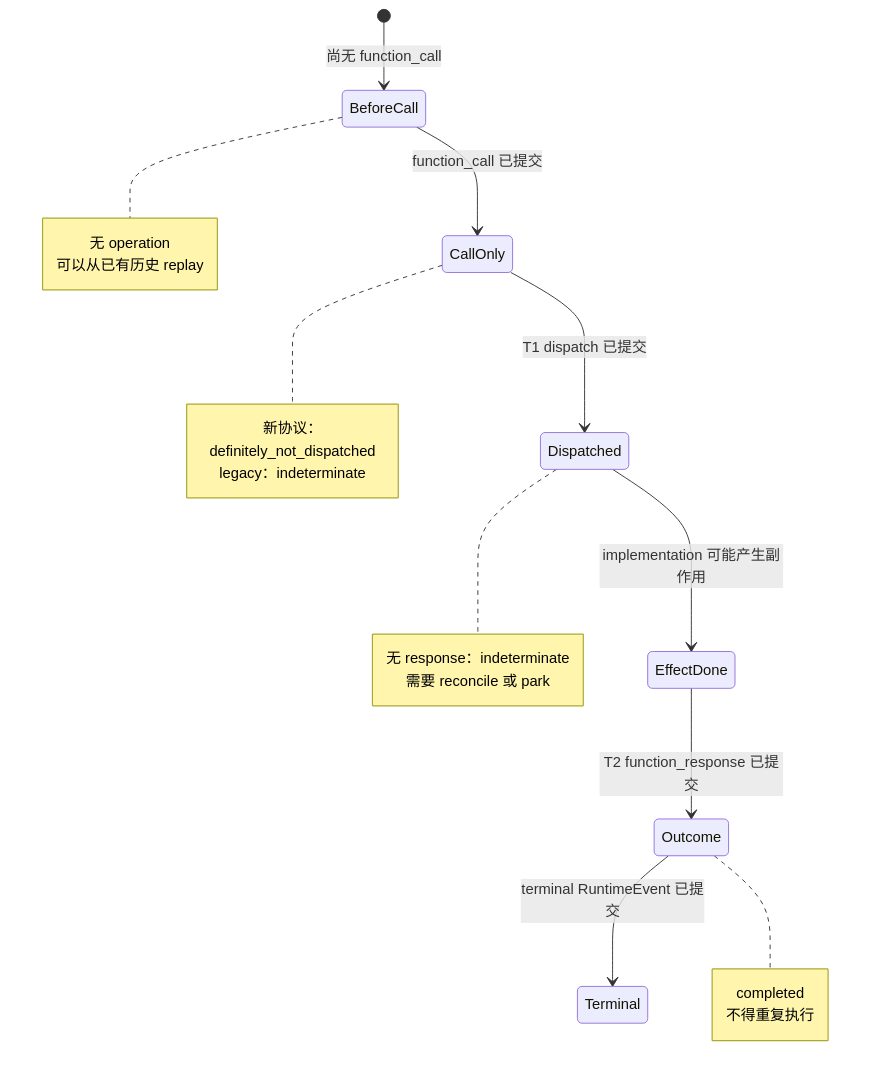
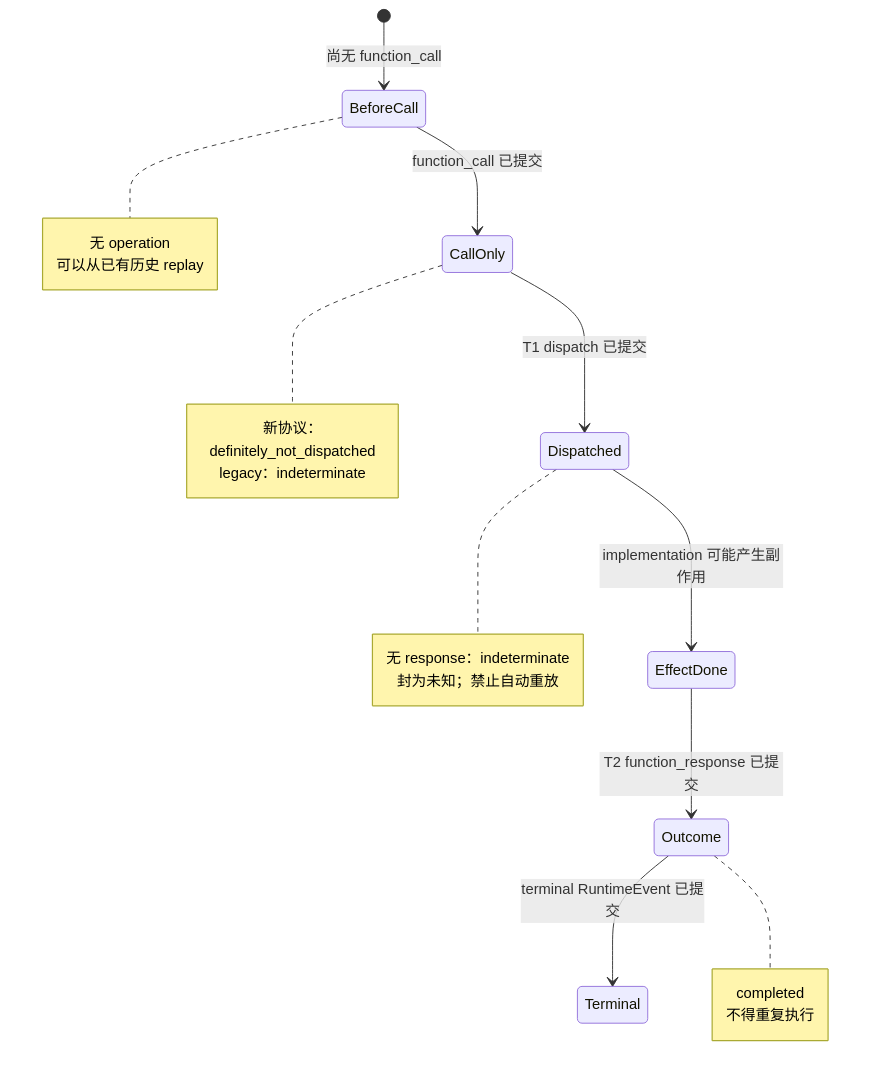
Before and after one commit to apache/maka: the fifth of 10 diagrams in docs/architecture/runtime-resume-architecture.zh-CN.md, drawn with Mermaid. The commit also changed other lines of this file and 30 other files, not shown here.

````diff
--- a/docs/architecture/runtime-resume-architecture.zh-CN.md
+++ b/docs/architecture/runtime-resume-architecture.zh-CN.md
@@ -333,26 +333,26 @@
 ```mermaid
 stateDiagram-v2
   [*] --> BeforeCall: 尚无 function_call
   BeforeCall --> CallOnly: function_call 已提交
   CallOnly --> Dispatched: T1 dispatch 已提交
   Dispatched --> EffectDone: implementation 可能产生副作用
   EffectDone --> Outcome: T2 function_response 已提交
   Outcome --> Terminal: terminal RuntimeEvent 已提交
 
   note right of BeforeCall
     无 operation
     可以从已有历史 replay
   end note
   note right of CallOnly
     新协议：definitely_not_dispatched
     legacy：indeterminate
   end note
   note right of Dispatched
     无 response：indeterminate
-    需要 reconcile 或 park
+    封为未知；禁止自动重放
   end note
   note right of Outcome
     completed
     不得重复执行
   end note
 ```
````
